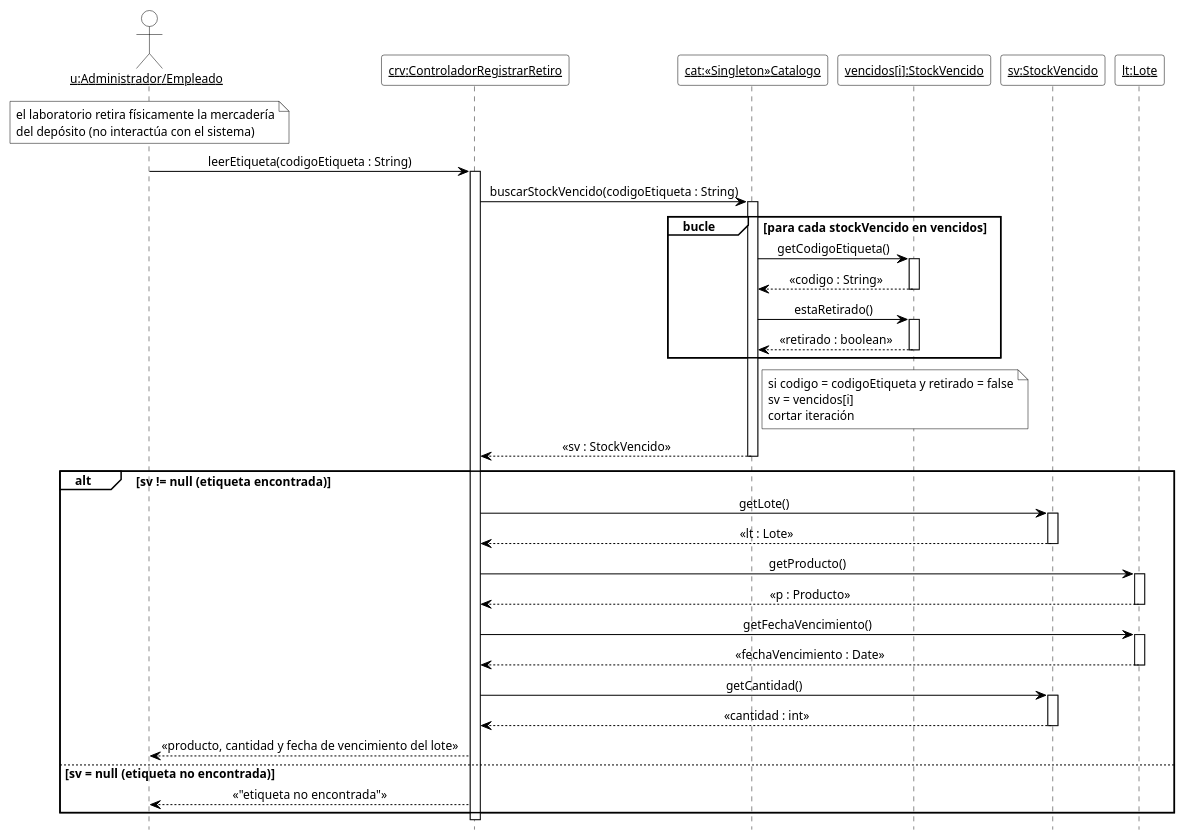
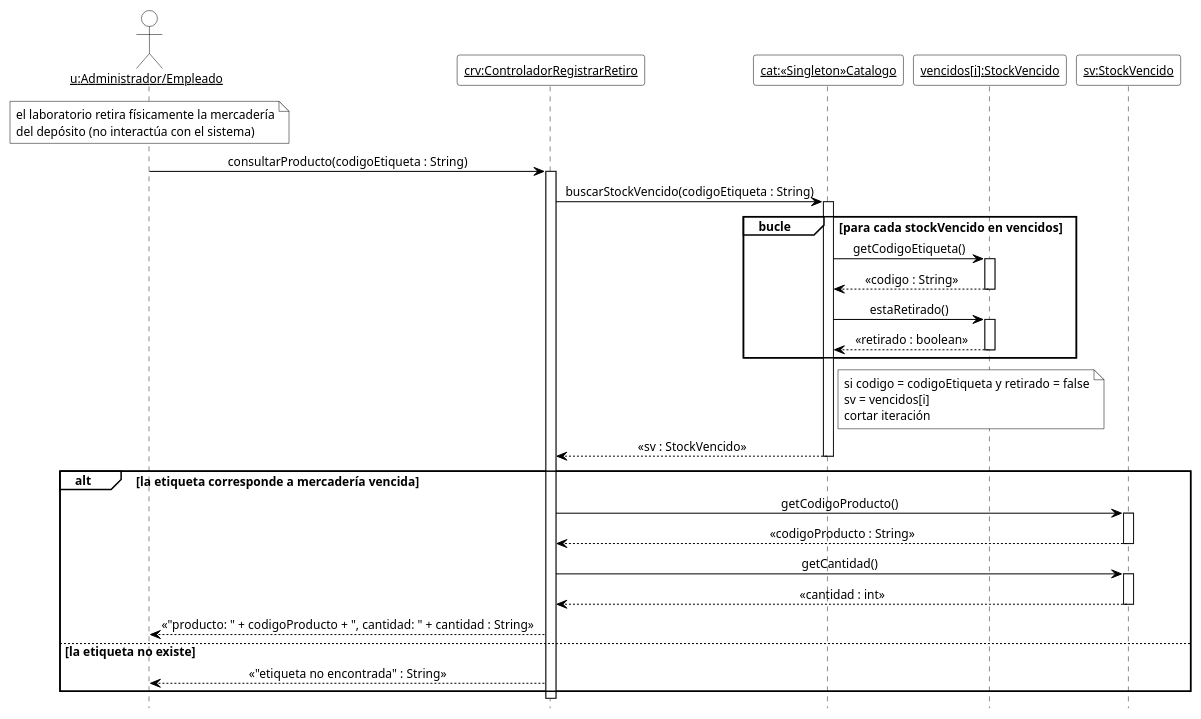
Before and after one commit to cirotop/Stock-Project: diagram 14 of 18 in 08-Diagrama De Secuencia/Diagramas_de_Secuencia.md, drawn with PlantUML. The commit also changed other lines of this file and 22 other files, not shown here.

````diff
--- a/08-Diagrama De Secuencia/Diagramas_de_Secuencia.md
+++ b/08-Diagrama De Secuencia/Diagramas_de_Secuencia.md
@@ -974,63 +955,58 @@
 ```plantuml
-@startuml DSD_CU-07_leerEtiqueta
-' Diagrama de Secuencia de Diseño (DSD) - CU-07 Registrar retiro de mercadería vencida - leerEtiqueta
+@startuml DSD_CU-07_consultarProducto
+' Diagrama de Secuencia de Diseño (DSD) - CU-07 Registrar retiro de mercadería vencida - consultarProducto
 ' Estilo de los ejemplos de la teoría (introducirArticulo / crearNuevaVenta).
 hide footbox
 skinparam shadowing false
 skinparam defaultFontName Arial
 skinparam defaultFontSize 12
 skinparam sequenceMessageAlign center
 skinparam ArrowColor black
 skinparam ParticipantBackgroundColor white
 skinparam ParticipantBorderColor black
 skinparam CollectionsBackgroundColor white
 skinparam CollectionsBorderColor black
 skinparam ActorBackgroundColor white
 skinparam ActorBorderColor black
 skinparam LifeLineBorderColor black
 skinparam LifeLineBackgroundColor white
 skinparam SequenceGroupBackgroundColor white
 skinparam SequenceGroupBorderColor black
 skinparam SequenceGroupHeaderFontColor black
 skinparam NoteBackgroundColor white
 skinparam NoteBorderColor black
 
 actor "<u>u:Administrador/Empleado</u>" as u
 participant "<u>crv:ControladorRegistrarRetiro</u>" as crv
 participant "<u>cat:«Singleton»Catalogo</u>" as cat
 participant "<u>vencidos[i]:StockVencido</u>" as vi
 participant "<u>sv:StockVencido</u>" as sv
-participant "<u>lt:Lote</u>" as lt
 
 note over u : el laboratorio retira físicamente la mercadería\ndel depósito (no interactúa con el sistema)
-u -> crv ++ : leerEtiqueta(codigoEtiqueta : String)
+u -> crv ++ : consultarProducto(codigoEtiqueta : String)
 crv -> cat ++ : buscarStockVencido(codigoEtiqueta : String)
 group bucle [para cada stockVencido en vencidos]
   cat -> vi ++ : getCodigoEtiqueta()
   vi --> cat -- : «codigo : String»
   cat -> vi ++ : estaRetirado()
   vi --> cat -- : «retirado : boolean»
 end
 note right of cat
   si codigo = codigoEtiqueta y retirado = false
   sv = vencidos[i]
   cortar iteración
 end note
 cat --> crv -- : «sv : StockVencido»
-alt sv != null (etiqueta encontrada)
-  crv -> sv ++ : getLote()
-  sv --> crv -- : «lt : Lote»
-  crv -> lt ++ : getProducto()
-  lt --> crv -- : «p : Producto»
-  crv -> lt ++ : getFechaVencimiento()
-  lt --> crv -- : «fechaVencimiento : Date»
+alt la etiqueta corresponde a mercadería vencida
+  crv -> sv ++ : getCodigoProducto()
+  sv --> crv -- : «codigoProducto : String»
   crv -> sv ++ : getCantidad()
   sv --> crv -- : «cantidad : int»
-  crv --> u : «producto, cantidad y fecha de vencimiento del lote»
-else sv = null (etiqueta no encontrada)
-  crv --> u : «"etiqueta no encontrada"»
+  crv --> u : «"producto: " + codigoProducto + ", cantidad: " + cantidad : String»
+else la etiqueta no existe
+  crv --> u : «"etiqueta no encontrada" : String»
 end
 deactivate crv
 
 @enduml
 ```
````
